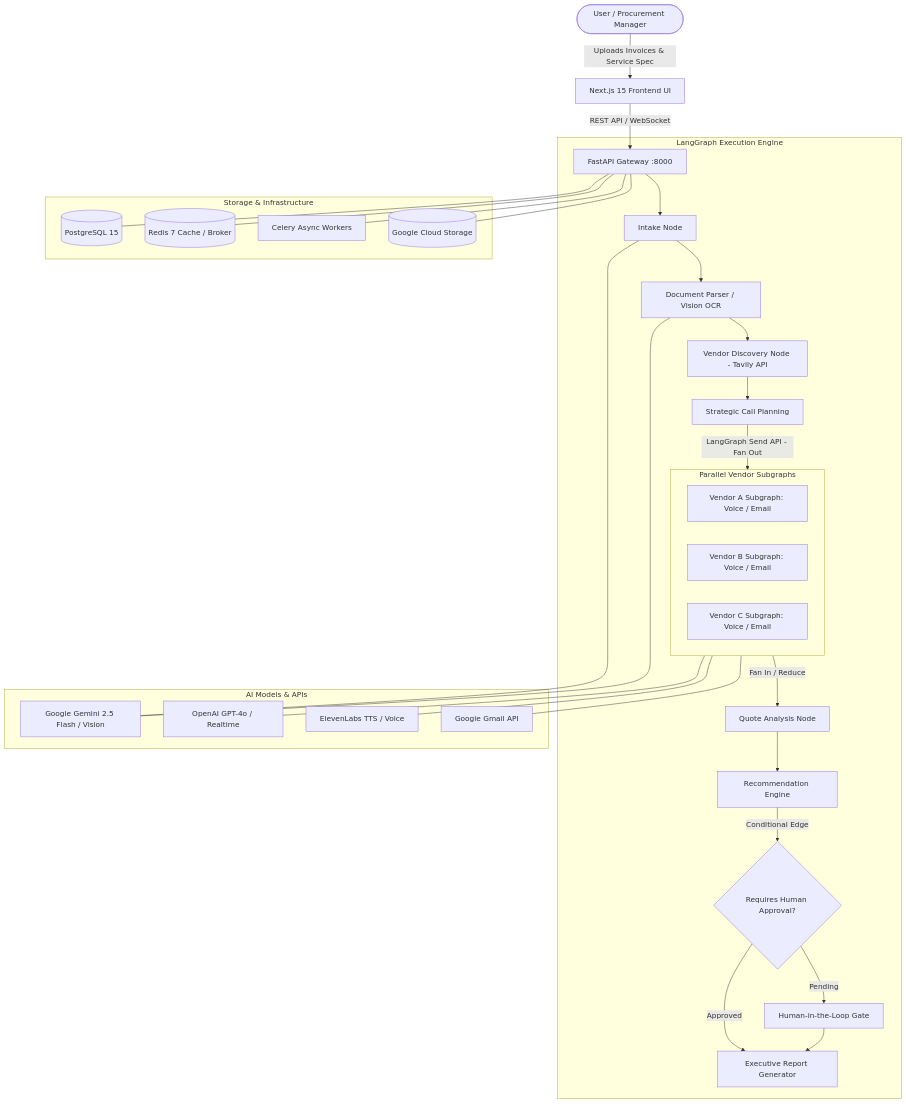
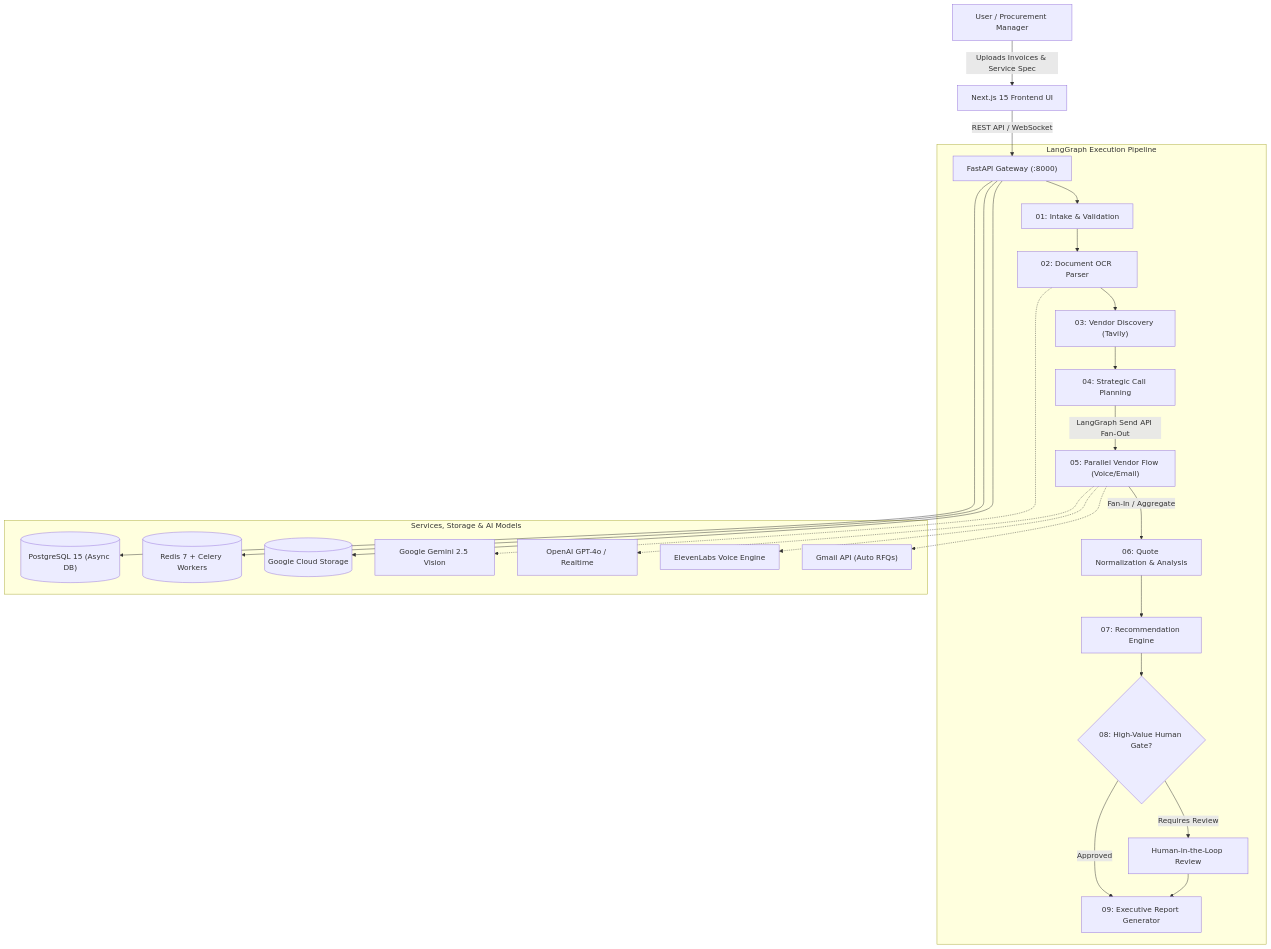
The first of 2 diagrams in README.md (M-Wajeeh/TheNegotiator), drawn with Mermaid before and after one commit.

Commit message:
docs: fix Mermaid diagram syntax for GitHub rendering compatibility

````diff
--- a/README.md
+++ b/README.md
@@ -52,42 +52,29 @@
 ```mermaid
-graph TD
-    User([User / Procurement Manager]) -->|Uploads Invoices & Service Spec| Frontend[Next.js 15 Frontend UI]
-    Frontend -->|REST API / WebSocket| BackendAPI[FastAPI Gateway :8000]
+flowchart TD
+    User["User / Procurement Manager"] -->|Uploads Invoices & Service Spec| Frontend["Next.js 15 Frontend UI"]
+    Frontend -->|REST API / WebSocket| BackendAPI["FastAPI Gateway (:8000)"]
     
-    subgraph Orchestration [LangGraph Execution Engine]
-        BackendAPI --> Intake[Intake Node]
-        Intake --> DocParser[Document Parser / Vision OCR]
-        DocParser --> Discovery[Vendor Discovery Node - Tavily API]
-        Discovery --> Planning[Strategic Call Planning]
-        
-        Planning -->|LangGraph Send API - Fan Out| Subgraphs
-        
-        subgraph Subgraphs [Parallel Vendor Subgraphs]
-            V1[Vendor A Subgraph: Voice / Email]
-            V2[Vendor B Subgraph: Voice / Email]
-            V3[Vendor C Subgraph: Voice / Email]
-        end
-        
-        Subgraphs -->|Fan In / Reduce| QuoteAnalysis[Quote Analysis Node]
-        QuoteAnalysis --> RecNode[Recommendation Engine]
-        RecNode -->|Conditional Edge| HumanGate{Requires Human Approval?}
-        HumanGate -->|Approved| ReportNode[Executive Report Generator]
-        HumanGate -->|Pending| UIApproval[Human-in-the-Loop Gate]
-        UIApproval --> ReportNode
+    subgraph LG ["LangGraph Execution Pipeline"]
+        BackendAPI --> N1["01: Intake & Validation"]
+        N1 --> N2["02: Document OCR Parser"]
+        N2 --> N3["03: Vendor Discovery (Tavily)"]
+        N3 --> N4["04: Strategic Call Planning"]
+        N4 -->|LangGraph Send API Fan-Out| VFlow["05: Parallel Vendor Flow (Voice/Email)"]
+        VFlow -->|Fan-In / Aggregate| N6["06: Quote Normalization & Analysis"]
+        N6 --> N7["07: Recommendation Engine"]
+        N7 --> N8{"08: High-Value Human Gate?"}
+        N8 -->|Approved| N9["09: Executive Report Generator"]
+        N8 -->|Requires Review| UIApproval["Human-in-the-Loop Review"]
+        UIApproval --> N9
     end
     
-    subgraph Storage & Infrastructure
-        BackendAPI --- Postgres[(PostgreSQL 15)]
-        BackendAPI --- Redis[(Redis 7 Cache / Broker)]
-        BackendAPI --- Celery[Celery Async Workers]
-        BackendAPI --- GCS[(Google Cloud Storage)]
-    end
-    
-    subgraph AI Models & APIs
-        Intake --- Gemini[Google Gemini 2.5 Flash / Vision]
-        DocParser --- Gemini
-        Subgraphs --- OpenAI[OpenAI GPT-4o / Realtime]
-        Subgraphs --- ElevenLabs[ElevenLabs TTS / Voice]
-        Subgraphs --- Gmail[Google Gmail API]
+    subgraph Integrations ["Services, Storage & AI Models"]
+        BackendAPI --> Postgres[("PostgreSQL 15 (Async DB)")]
+        BackendAPI --> Redis[("Redis 7 + Celery Workers")]
+        BackendAPI --> GCS[("Google Cloud Storage")]
+        N2 -.-> Gemini["Google Gemini 2.5 Vision"]
+        VFlow -.-> OpenAI["OpenAI GPT-4o / Realtime"]
+        VFlow -.-> ElevenLabs["ElevenLabs Voice Engine"]
+        VFlow -.-> Gmail["Gmail API (Auto RFQs)"]
     end
 ```
````
